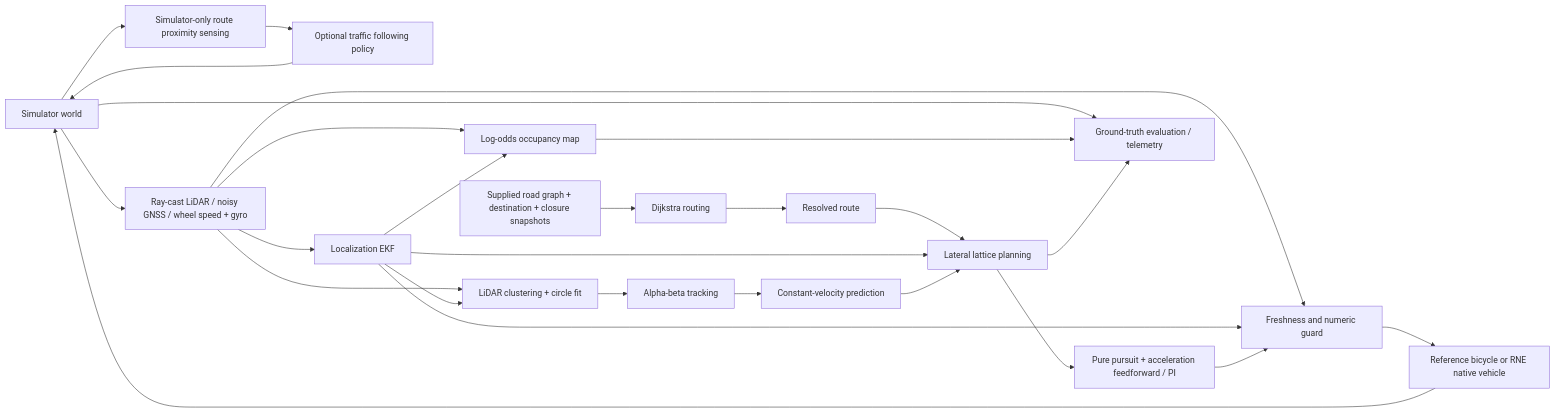
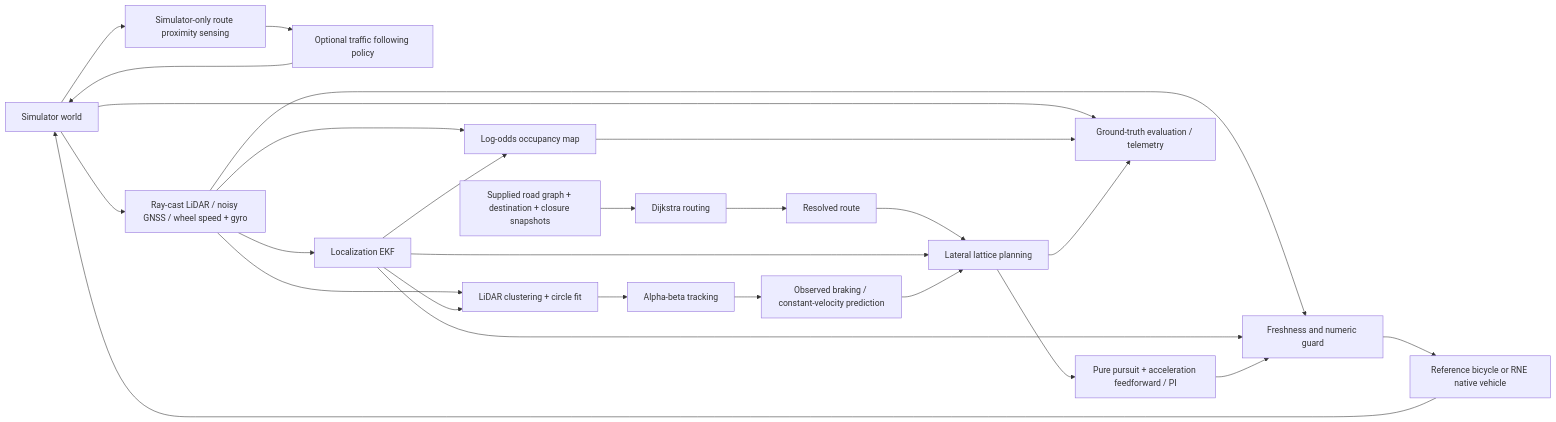
Before and after one commit to rsasaki0109/rust_drive: the diagram in docs/architecture.md, drawn with Mermaid. The commit also changed other lines of this file and 22 other files, not shown here.

Commit message:
Forecast sustained observed braking and repair the follower deadline

````diff
--- a/docs/architecture.md
+++ b/docs/architecture.md
@@ -9,28 +9,28 @@
 ```mermaid
 flowchart LR
   W[Simulator world] --> S[Ray-cast LiDAR / noisy GNSS / wheel speed + gyro]
   W --> AS[Simulator-only route proximity sensing]
   AS --> AC[Optional traffic following policy]
   AC --> W
   S --> L[Localization EKF]
   S --> P[LiDAR clustering + circle fit]
   L --> P
   P --> T[Alpha-beta tracking]
-  T --> F[Constant-velocity prediction]
+  T --> F[Observed braking / constant-velocity prediction]
   S --> M[Log-odds occupancy map]
   L --> M
   N[Supplied road graph + destination + closure snapshots] --> D[Dijkstra routing]
   D --> R[Resolved route]
   R --> A[Lateral lattice planning]
   L --> A
   F --> A
   A --> C[Pure pursuit + acceleration feedforward / PI]
   S --> G[Freshness and numeric guard]
   L --> G
   C --> G
   G --> B[Reference bicycle or RNE native vehicle]
   B --> W
   W --> E[Ground-truth evaluation / telemetry]
   M --> E
   A --> E
 ```
````
